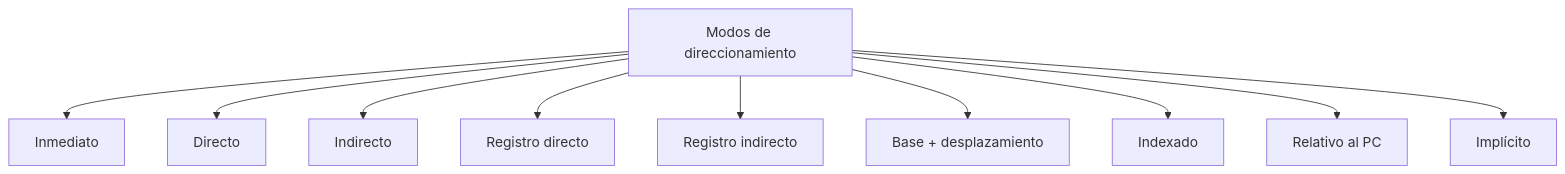
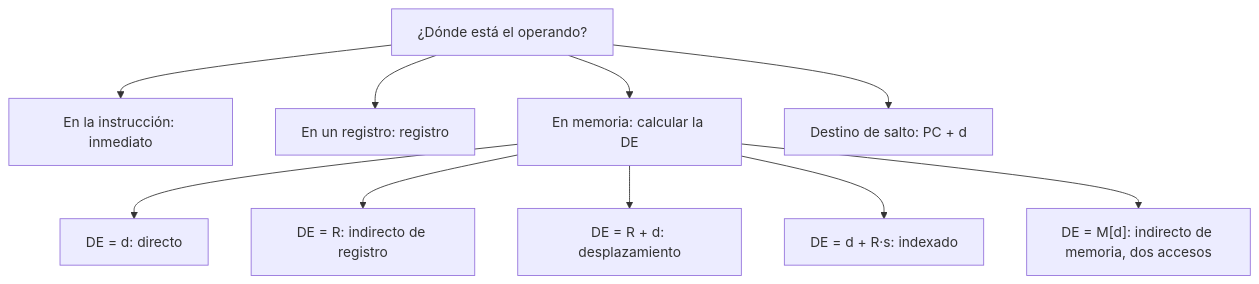
The diagram in public/documents/semester-4/4/4454.md (djaimej/computer-science-template), drawn with Mermaid before and after one commit. The commit also changed other lines of this file and 4 other files, not shown here.

````diff
--- a/public/documents/semester-4/4/4454.md
+++ b/public/documents/semester-4/4/4454.md
@@ -129,14 +35,12 @@
 ```mermaid
-graph TD
-    A[Modos de direccionamiento] --> B[Inmediato]
-    A --> C[Directo]
-    A --> D[Indirecto]
-    A --> E[Registro directo]
-    A --> F[Registro indirecto]
-    A --> G[Base + desplazamiento]
-    A --> H[Indexado]
-    A --> I[Relativo al PC]
-    A --> J[Implícito]
-
-    A:::accent
+flowchart TD
+    A["¿Dónde está el operando?"] --> B["En la instrucción: inmediato"]
+    A --> C["En un registro: registro"]
+    A --> D["En memoria: calcular la DE"]
+    D --> E["DE = d: directo"]
+    D --> F["DE = R: indirecto de registro"]
+    D --> G["DE = R + d: desplazamiento"]
+    D --> H["DE = d + R·s: indexado"]
+    D --> I["DE = M[d]: indirecto de memoria, dos accesos"]
+    A --> J["Destino de salto: PC + d"]
 ```
````
